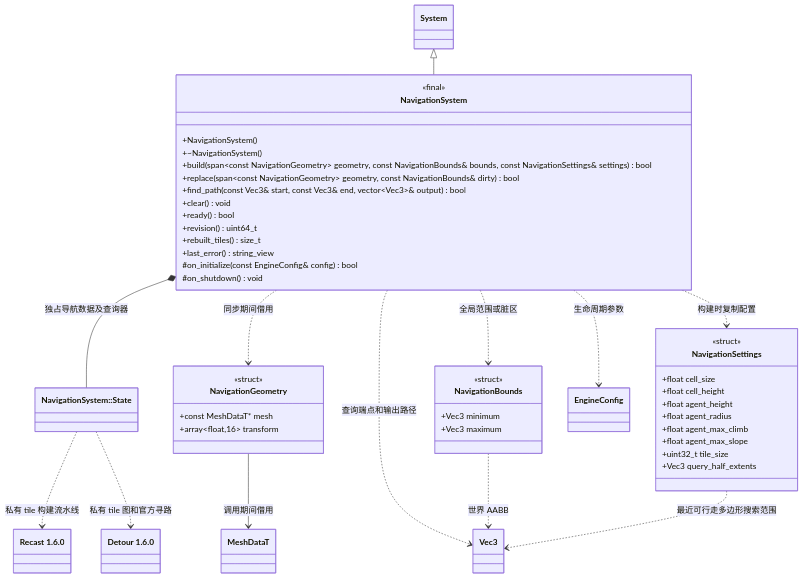
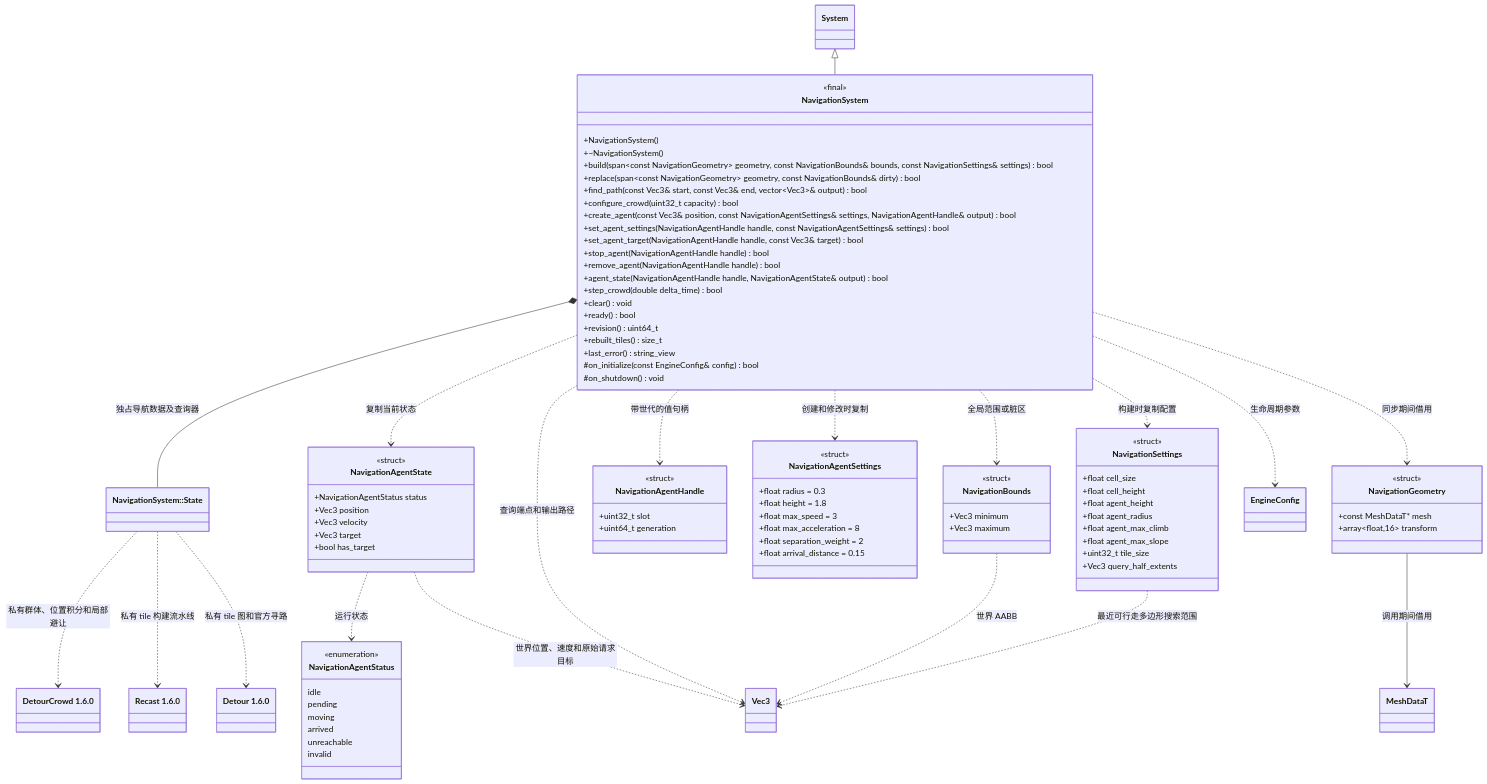
One commit to lcals/Engine changed the diagram in docs/runtime/class-diagrams/navigation-system.md. Above: the diagram before and after it, drawn with Mermaid. The commit also changed other lines of this file and 77 other files, not shown here.

First line of the commit message:
Add native crowd navigation with destructible terrain updates

```diff
--- a/docs/runtime/class-diagrams/navigation-system.md
+++ b/docs/runtime/class-diagrams/navigation-system.md
@@ -13,6 +13,14 @@
         +build(span~const NavigationGeometry~ geometry, const NavigationBounds& bounds, const NavigationSettings& settings) bool
         +replace(span~const NavigationGeometry~ geometry, const NavigationBounds& dirty) bool
         +find_path(const Vec3& start, const Vec3& end, vector~Vec3~& output) bool
+        +configure_crowd(uint32_t capacity) bool
+        +create_agent(const Vec3& position, const NavigationAgentSettings& settings, NavigationAgentHandle& output) bool
+        +set_agent_settings(NavigationAgentHandle handle, const NavigationAgentSettings& settings) bool
+        +set_agent_target(NavigationAgentHandle handle, const Vec3& target) bool
+        +stop_agent(NavigationAgentHandle handle) bool
+        +remove_agent(NavigationAgentHandle handle) bool
+        +agent_state(NavigationAgentHandle handle, NavigationAgentState& output) bool
+        +step_crowd(double delta_time) bool
         +clear() void
         +ready() bool
         +revision() uint64_t
@@ -42,6 +50,38 @@
         +uint32_t tile_size
         +Vec3 query_half_extents
     }
+    class NavigationAgentHandle {
+        <<struct>>
+        +uint32_t slot
+        +uint64_t generation
+    }
+    class NavigationAgentSettings {
+        <<struct>>
+        +float radius = 0.3
+        +float height = 1.8
+        +float max_speed = 3
+        +float max_acceleration = 8
+        +float separation_weight = 2
+        +float arrival_distance = 0.15
+    }
+    class NavigationAgentStatus {
+        <<enumeration>>
+        idle
+        pending
+        moving
+        arrived
+        unreachable
+        invalid
+    }
+    class NavigationAgentState {
+        <<struct>>
+        +NavigationAgentStatus status
+        +Vec3 position
+        +Vec3 velocity
+        +Vec3 target
+        +bool has_target
+    }
+    class DetourCrowd["DetourCrowd 1.6.0"]
     class NavigationState["NavigationSystem::State"]
     class Recast["Recast 1.6.0"]
     class Detour["Detour 1.6.0"]
@@ -51,6 +91,12 @@
     class Vec3
     System <|-- NavigationSystem
     NavigationSystem *-- NavigationState : 独占导航数据及查询器
+    NavigationState ..> DetourCrowd : 私有群体、位置积分和局部避让
+    NavigationSystem ..> NavigationAgentHandle : 带世代的值句柄
+    NavigationSystem ..> NavigationAgentSettings : 创建和修改时复制
+    NavigationSystem ..> NavigationAgentState : 复制当前状态
+    NavigationAgentState ..> NavigationAgentStatus : 运行状态
+    NavigationAgentState ..> Vec3 : 世界位置、速度和原始请求目标
     NavigationState ..> Recast : 私有 tile 构建流水线
     NavigationState ..> Detour : 私有 tile 图和官方寻路
     NavigationSystem ..> NavigationGeometry : 同步期间借用
```
